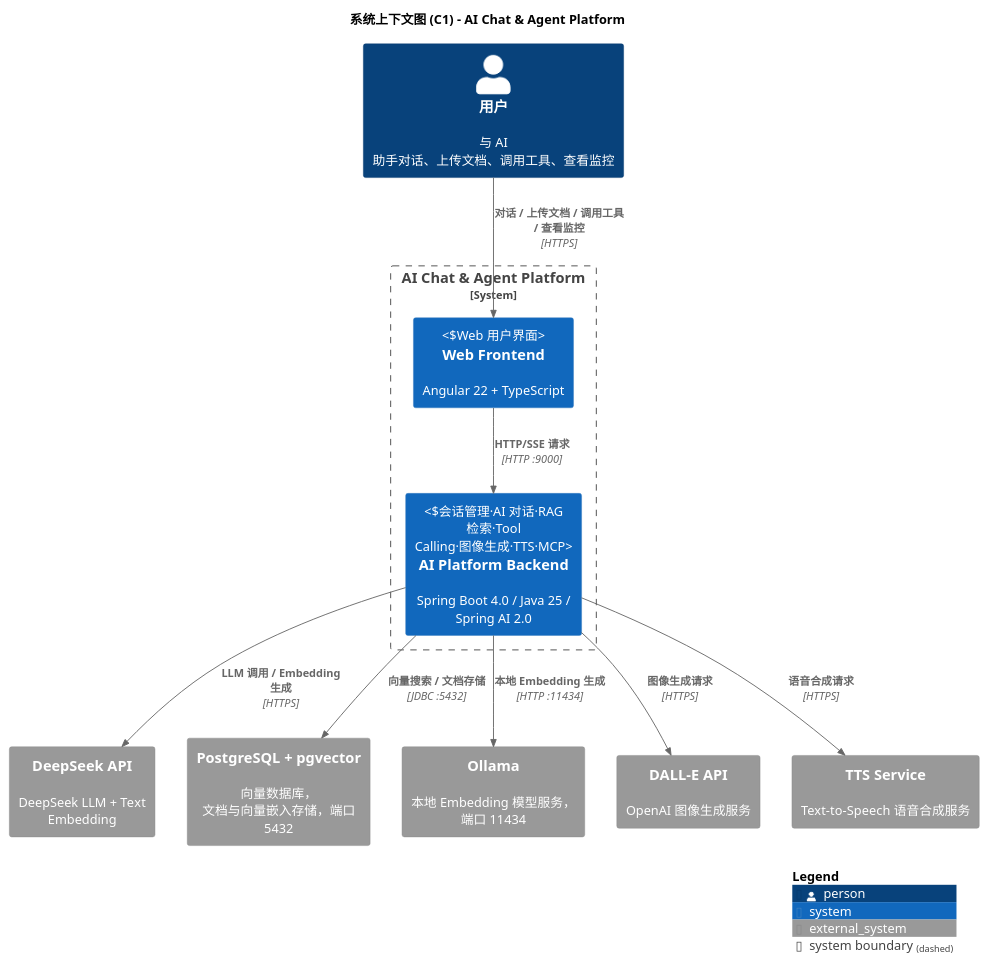
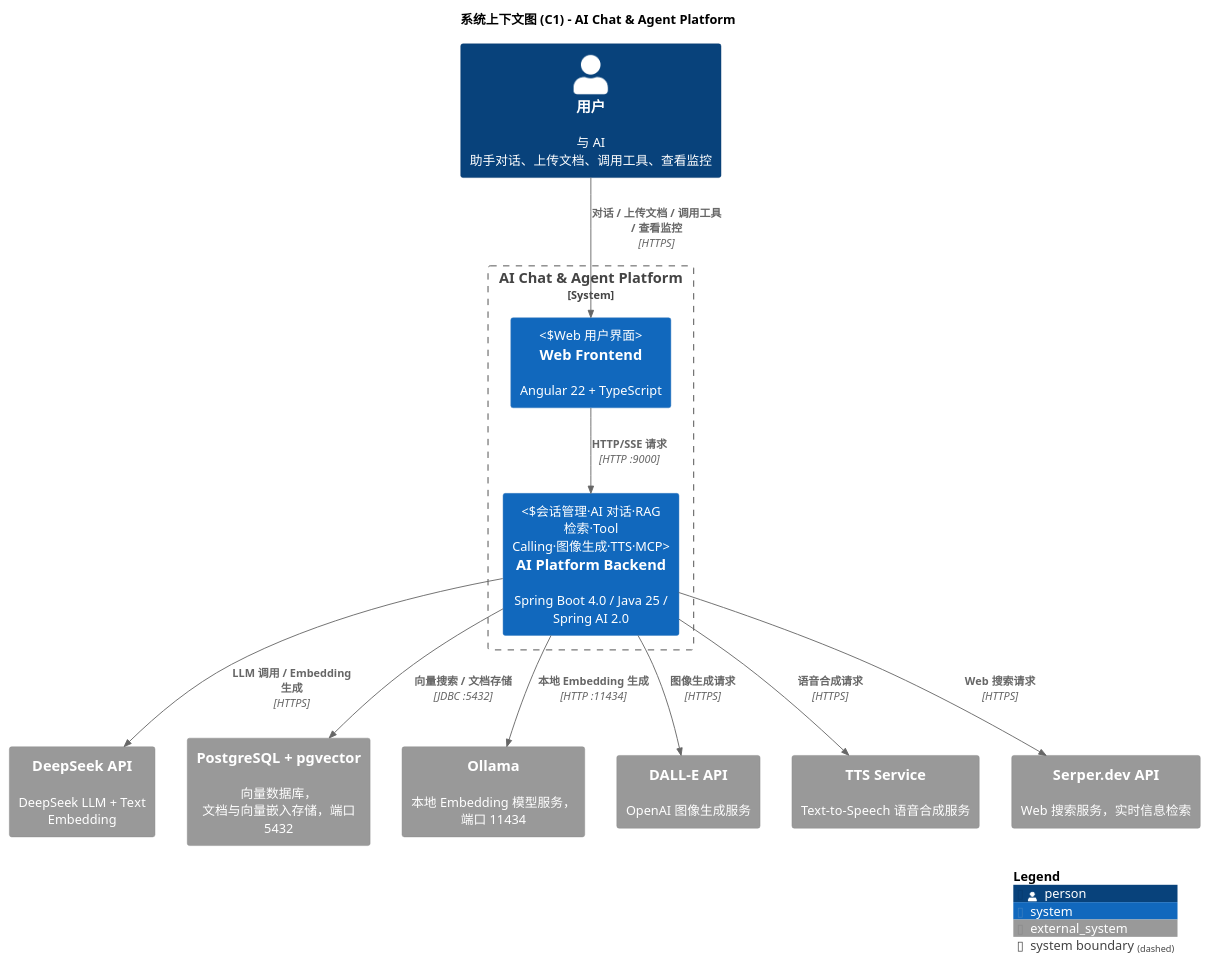
Before and after one commit to felixzhu97/explore-workspace: the diagram in ai/docs/c4/C1-Context.puml, drawn with PlantUML. The commit also changed 12 other files, not shown here.

First line of the commit message:
feat: add Serper web search tool for real-time AI responses (#197)

```diff
--- a/ai/docs/c4/C1-Context.puml
+++ b/ai/docs/c4/C1-Context.puml
@@ -1,42 +1,44 @@
 @startuml C1-Context
 !include https://raw.githubusercontent.com/plantuml-stdlib/C4-PlantUML/master/C4_Context.puml
 
 LAYOUT_WITH_LEGEND()
 
 title 系统上下文图 (C1) - AI Chat & Agent Platform
 
 ' ============================================================
 ' PEOPLE - 人员
 ' ============================================================
 Person(user, "用户", "与 AI 助手对话、上传文档、调用工具、查看监控")
 
 ' ============================================================
 ' AI Chat & Agent Platform 系统边界
 ' ============================================================
 System_Boundary(ai_platform, "AI Chat & Agent Platform") {
     System(frontend, "Web Frontend", "Angular 22 + TypeScript", "Web 用户界面")
     System(backend, "AI Platform Backend", "Spring Boot 4.0 / Java 25 / Spring AI 2.0", "会话管理·AI 对话·RAG 检索·Tool Calling·图像生成·TTS·MCP")
 }
 
 ' ============================================================
 ' EXTERNAL SYSTEMS - 外部系统
 ' ============================================================
 System_Ext(deepseek_api, "DeepSeek API", "DeepSeek LLM + Text Embedding")
 System_Ext(postgresql, "PostgreSQL + pgvector", "向量数据库，文档与向量嵌入存储，端口 5432")
 System_Ext(ollama, "Ollama", "本地 Embedding 模型服务，端口 11434")
 System_Ext(dalle_api, "DALL-E API", "OpenAI 图像生成服务")
 System_Ext(tts_api, "TTS Service", "Text-to-Speech 语音合成服务")
+System_Ext(serper_api, "Serper.dev API", "Web 搜索服务，实时信息检索")
 
 ' ============================================================
 ' RELATIONSHIPS - 关系
 ' ============================================================
 Rel(user, frontend, "对话 / 上传文档 / 调用工具 / 查看监控", "HTTPS")
 Rel(frontend, backend, "HTTP/SSE 请求", "HTTP :9000")
 Rel(backend, deepseek_api, "LLM 调用 / Embedding 生成", "HTTPS")
 Rel(backend, postgresql, "向量搜索 / 文档存储", "JDBC :5432")
 Rel(backend, ollama, "本地 Embedding 生成", "HTTP :11434")
 Rel(backend, dalle_api, "图像生成请求", "HTTPS")
 Rel(backend, tts_api, "语音合成请求", "HTTPS")
+Rel(backend, serper_api, "Web 搜索请求", "HTTPS")
 
 SHOW_LEGEND()
 @enduml
```
